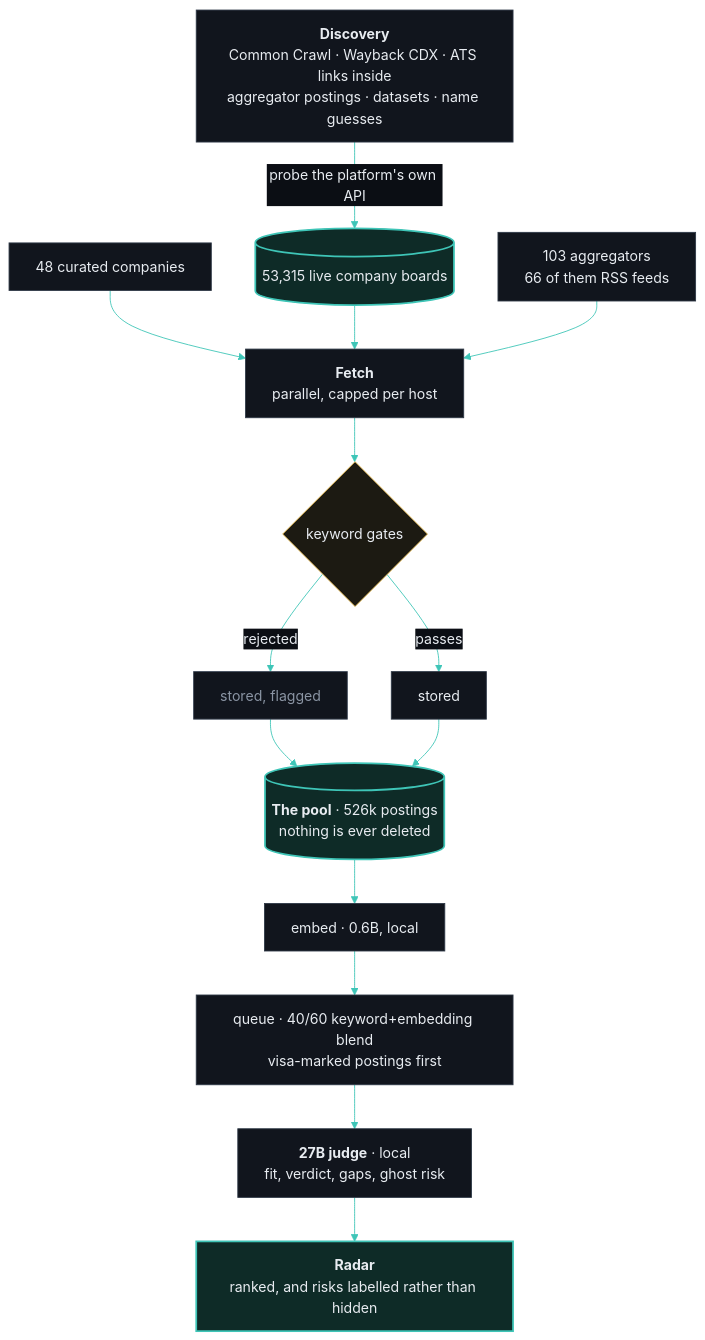
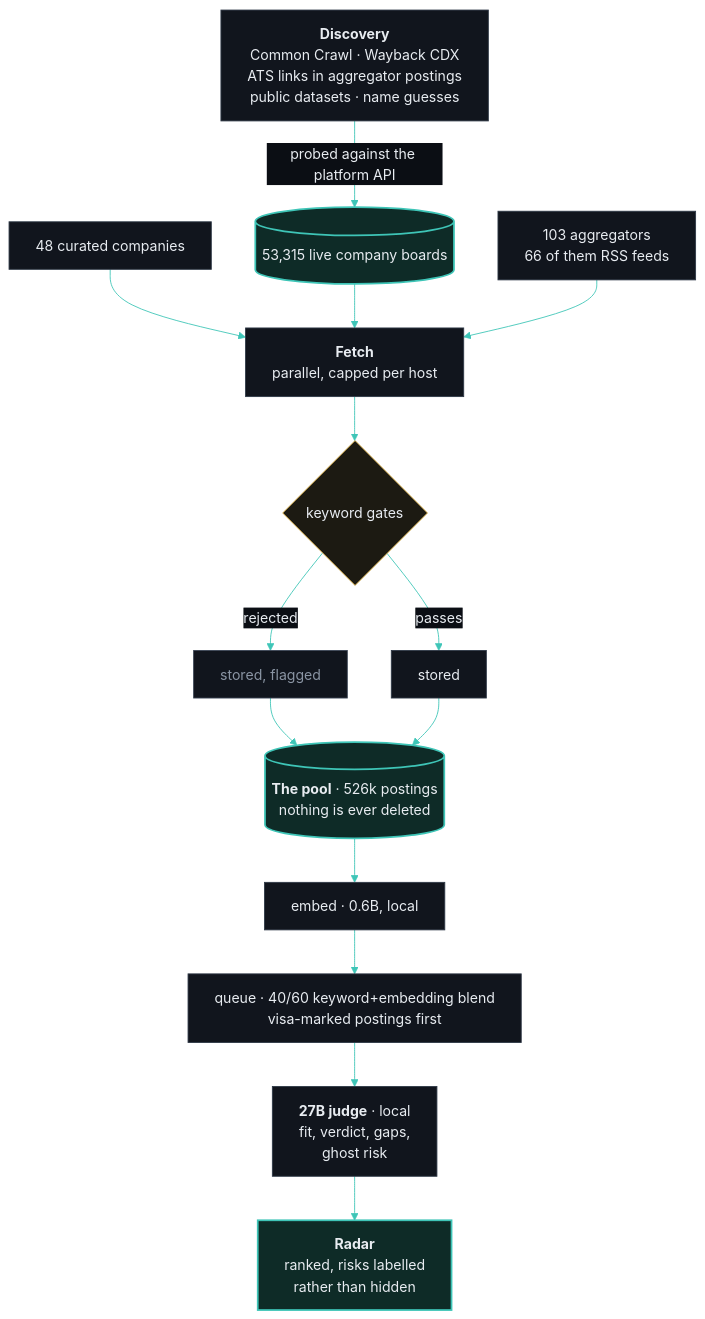
Before and after one commit to OytunOnal/JobRadar: the first of 2 diagrams in README.md, drawn with Mermaid. The commit also changed other lines of this file and 1 other file, not shown here.

````diff
--- a/README.md
+++ b/README.md
@@ -87,34 +97,34 @@
 ```mermaid
 %%{init:{"theme":"base","themeVariables":{
 "primaryColor":"#11151d","primaryTextColor":"#e8ecf1","primaryBorderColor":"#2e3846",
 "lineColor":"#3ec5b7","secondaryColor":"#11151d","tertiaryColor":"#0b0e14",
 "clusterBkg":"#0b0e14","clusterBorder":"#222a36","edgeLabelBackground":"#0b0e14",
 "titleColor":"#8a94a3"
-},"flowchart":{"wrappingWidth":300,"curve":"basis"}}}%%
+},"flowchart":{"wrappingWidth":360,"curve":"basis"}}}%%
 flowchart TD
-  DISC["<b>Discovery</b><br/>Common Crawl · Wayback CDX · ATS links inside<br/>aggregator postings · datasets · name guesses"]
-  DISC -- "probe the platform's own API" --> BOARDS[("53,315 live company boards")]
+  DISC["<b>Discovery</b><br/>Common Crawl · Wayback CDX<br/>ATS links in aggregator postings<br/>public datasets · name guesses"]
+  DISC -- "probed against the platform API" --> BOARDS[("53,315 live company boards")]
 
   CUR["48 curated companies"] --> FETCH
   BOARDS --> FETCH
   AGG["103 aggregators<br/>66 of them RSS feeds"] --> FETCH
 
   FETCH["<b>Fetch</b><br/>parallel, capped per host"] --> GATE{"keyword gates"}
   GATE -- "rejected" --> FLAG["stored, flagged"]
   GATE -- "passes" --> KEEP["stored"]
   FLAG --> POOL
   KEEP --> POOL
 
   POOL[("<b>The pool</b> · 526k postings<br/>nothing is ever deleted")]
   POOL --> EMB["embed · 0.6B, local"]
   EMB --> Q["queue · 40/60 keyword+embedding blend<br/>visa-marked postings first"]
-  Q --> JUDGE["<b>27B judge</b> · local<br/>fit, verdict, gaps, ghost risk"]
-  JUDGE --> RADAR["<b>Radar</b><br/>ranked, and risks labelled rather than hidden"]
+  Q --> JUDGE["<b>27B judge</b> · local<br/>fit, verdict, gaps,<br/>ghost risk"]
+  JUDGE --> RADAR["<b>Radar</b><br/>ranked, risks labelled<br/>rather than hidden"]
 
   classDef key fill:#0e2b27,stroke:#3ec5b7,stroke-width:2px,color:#e8ecf1
   classDef quiet fill:#11151d,stroke:#3a4454,color:#8a94a3
   classDef gate fill:#1c1a12,stroke:#e5b84b,color:#e8ecf1
   class BOARDS,POOL,RADAR key
   class FLAG quiet
   class GATE gate
 ```
````
